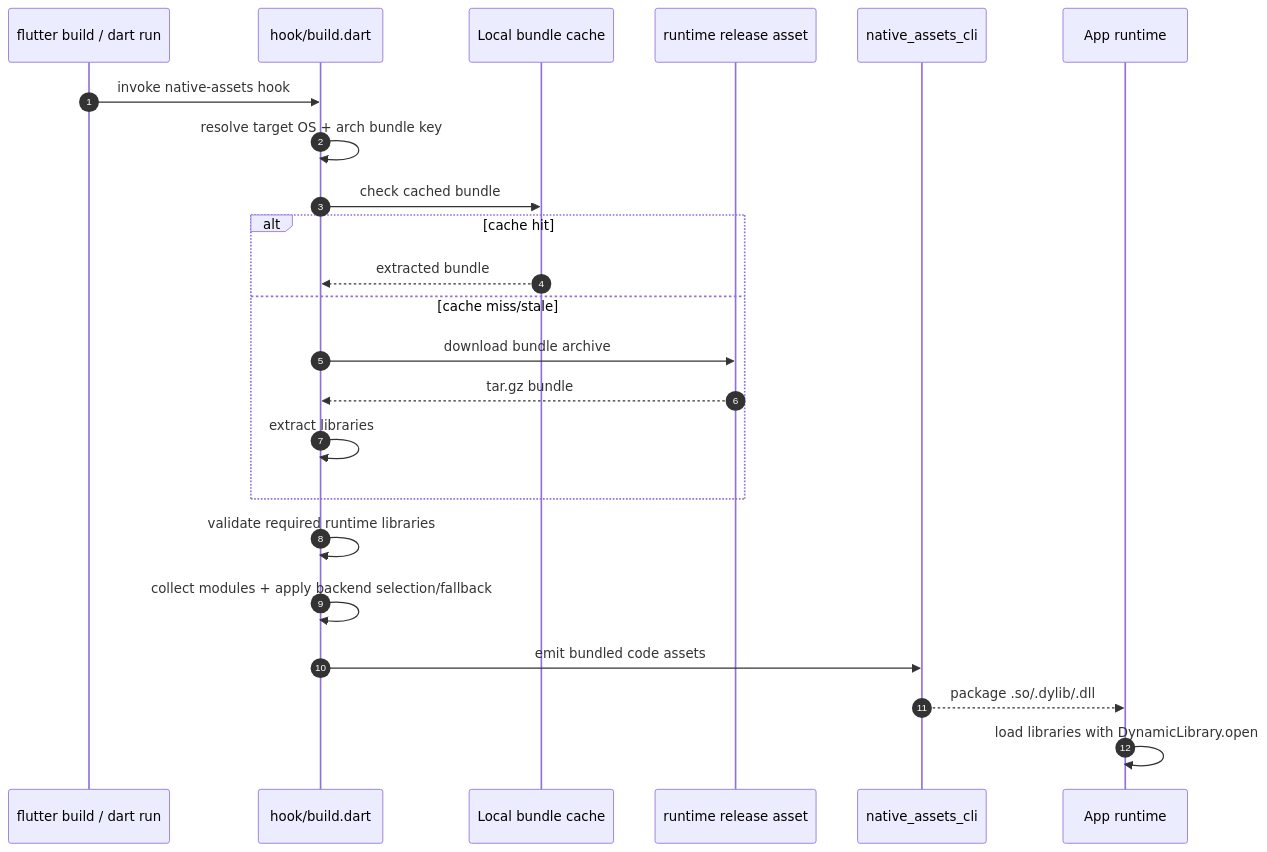
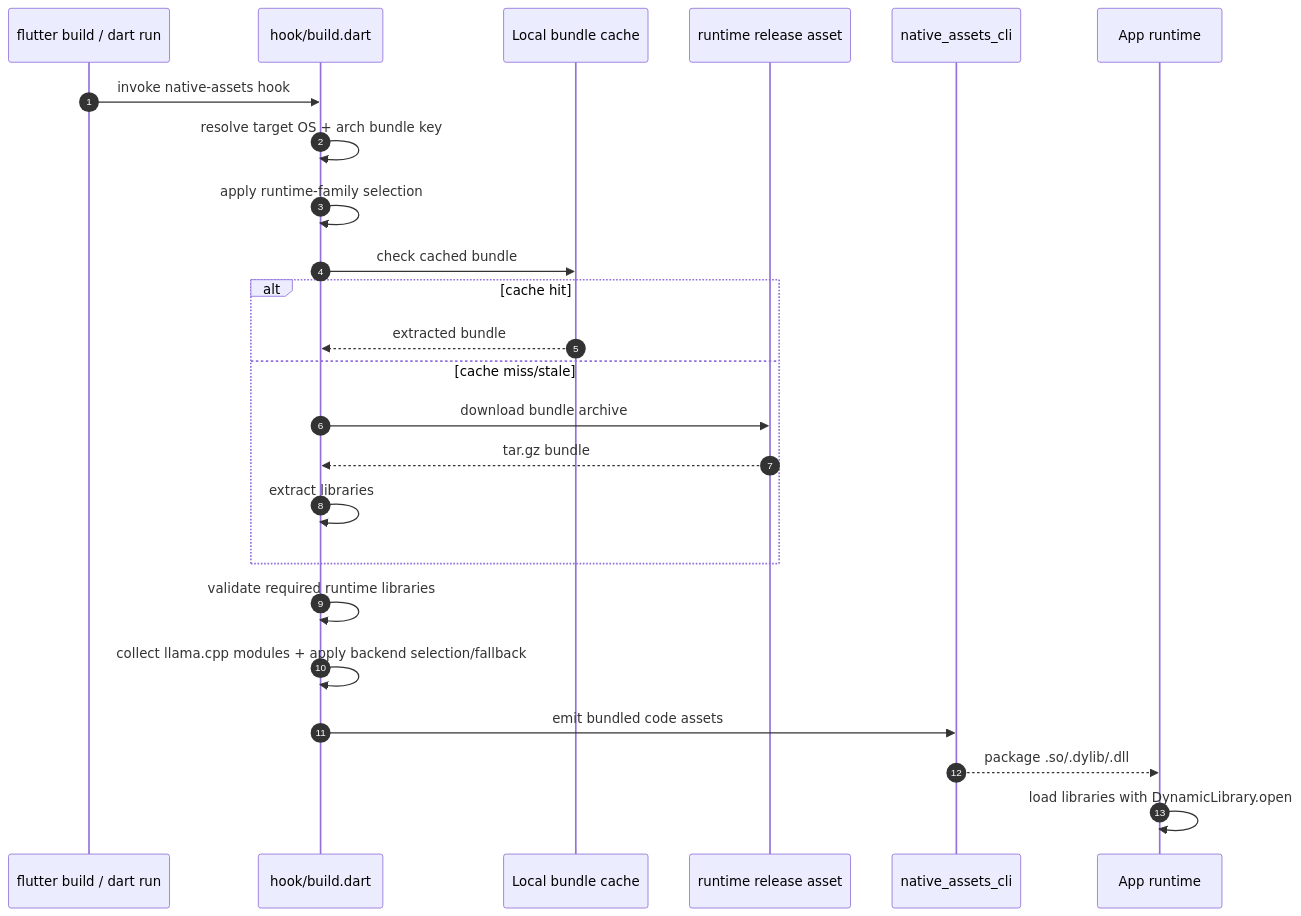
The diagram in website/docs/platforms/native-build-hooks.md (leehack/llamadart), drawn with Mermaid before and after one commit. The commit also changed other lines of this file and 14 other files, not shown here.

Commit message:
Add native runtime selection and LiteRT smoke coverage

````diff
--- a/website/docs/platforms/native-build-hooks.md
+++ b/website/docs/platforms/native-build-hooks.md
@@ -15,26 +15,27 @@
 ```mermaid
 sequenceDiagram
     autonumber
     participant Build as flutter build / dart run
     participant Hook as hook/build.dart
     participant Cache as Local bundle cache
     participant Release as runtime release asset
     participant Assets as native_assets_cli
     participant Runtime as App runtime
 
     Build->>Hook: invoke native-assets hook
     Hook->>Hook: resolve target OS + arch bundle key
+    Hook->>Hook: apply runtime-family selection
     Hook->>Cache: check cached bundle
     alt cache hit
         Cache-->>Hook: extracted bundle
     else cache miss/stale
         Hook->>Release: download bundle archive
         Release-->>Hook: tar.gz bundle
         Hook->>Hook: extract libraries
     end
     Hook->>Hook: validate required runtime libraries
-    Hook->>Hook: collect modules + apply backend selection/fallback
+    Hook->>Hook: collect llama.cpp modules + apply backend selection/fallback
     Hook->>Assets: emit bundled code assets
     Assets-->>Runtime: package .so/.dylib/.dll
     Runtime->>Runtime: load libraries with DynamicLibrary.open
 ```
````
